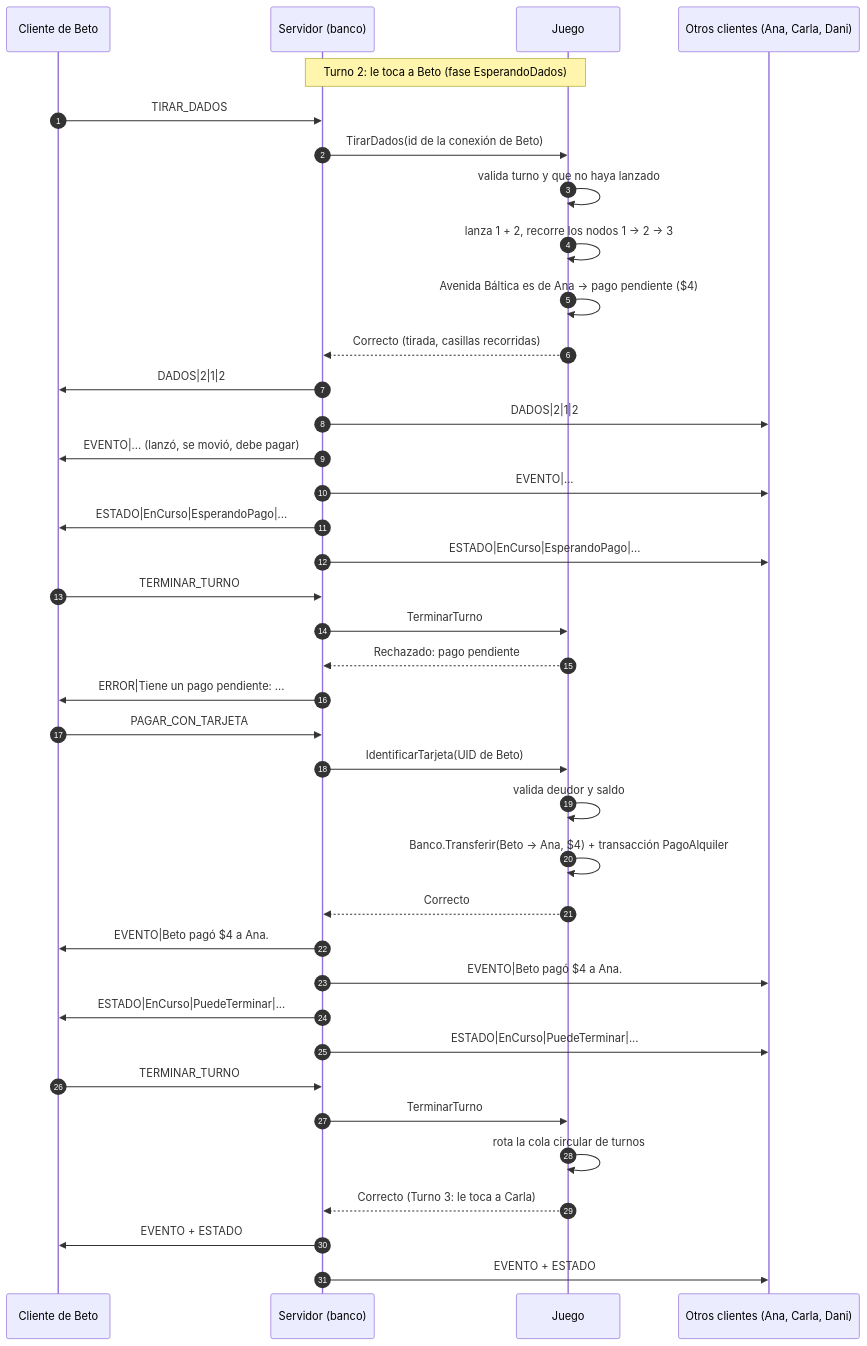
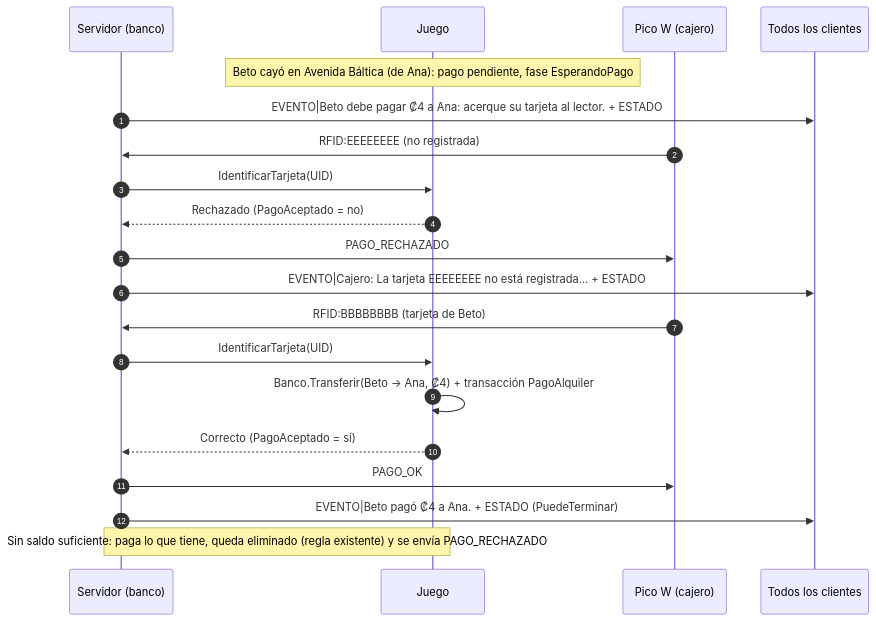
The third of 3 diagrams in docs/protocolo.md (Jason-Vargas/Monopoly), drawn with Mermaid before and after one commit. The commit also changed other lines of this file and 28 other files, not shown here.

Commit message:
Dados con botón físico, compras y cobros con tarjeta RFID y LED de pago

````diff
--- a/docs/protocolo.md
+++ b/docs/protocolo.md
@@ -142,44 +205,23 @@
 ```mermaid
 sequenceDiagram
     autonumber
-    participant B as Cliente de Beto
     participant S as Servidor (banco)
     participant J as Juego
-    participant O as Otros clientes (Ana, Carla, Dani)
+    participant P as Pico W (cajero)
+    participant C as Todos los clientes
 
-    Note over S,J: Turno 2: le toca a Beto (fase EsperandoDados)
-    B->>S: TIRAR_DADOS
-    S->>J: TirarDados(id de la conexión de Beto)
-    J->>J: valida turno y que no haya lanzado
-    J->>J: lanza 1 + 2, recorre los nodos 1 → 2 → 3
-    J->>J: Avenida Báltica es de Ana → pago pendiente ($4)
-    J-->>S: Correcto (tirada, casillas recorridas)
-    S->>B: DADOS|2|1|2
-    S->>O: DADOS|2|1|2
-    S->>B: EVENTO|... (lanzó, se movió, debe pagar)
-    S->>O: EVENTO|...
-    S->>B: ESTADO|EnCurso|EsperandoPago|...
-    S->>O: ESTADO|EnCurso|EsperandoPago|...
-
-    B->>S: TERMINAR_TURNO
-    S->>J: TerminarTurno
-    J-->>S: Rechazado: pago pendiente
-    S->>B: ERROR|Tiene un pago pendiente: ...
-
-    B->>S: PAGAR_CON_TARJETA
-    S->>J: IdentificarTarjeta(UID de Beto)
-    J->>J: valida deudor y saldo
-    J->>J: Banco.Transferir(Beto → Ana, $4) + transacción PagoAlquiler
-    J-->>S: Correcto
-    S->>B: EVENTO|Beto pagó $4 a Ana.
-    S->>O: EVENTO|Beto pagó $4 a Ana.
-    S->>B: ESTADO|EnCurso|PuedeTerminar|...
-    S->>O: ESTADO|EnCurso|PuedeTerminar|...
-
-    B->>S: TERMINAR_TURNO
-    S->>J: TerminarTurno
-    J->>J: rota la cola circular de turnos
-    J-->>S: Correcto (Turno 3: le toca a Carla)
-    S->>B: EVENTO + ESTADO
-    S->>O: EVENTO + ESTADO
+    Note over J: Beto cayó en Avenida Báltica (de Ana): pago pendiente, fase EsperandoPago
+    S->>C: EVENTO|Beto debe pagar ₡4 a Ana: acerque su tarjeta al lector. + ESTADO
+    P->>S: RFID:EEEEEEEE (no registrada)
+    S->>J: IdentificarTarjeta(UID)
+    J-->>S: Rechazado (PagoAceptado = no)
+    S->>P: PAGO_RECHAZADO
+    S->>C: EVENTO|Cajero: La tarjeta EEEEEEEE no está registrada... + ESTADO
+    P->>S: RFID:BBBBBBBB (tarjeta de Beto)
+    S->>J: IdentificarTarjeta(UID)
+    J->>J: Banco.Transferir(Beto → Ana, ₡4) + transacción PagoAlquiler
+    J-->>S: Correcto (PagoAceptado = sí)
+    S->>P: PAGO_OK
+    S->>C: EVENTO|Beto pagó ₡4 a Ana. + ESTADO (PuedeTerminar)
+    Note over S,J: Sin saldo suficiente: paga lo que tiene, queda eliminado (regla existente) y se envía PAGO_RECHAZADO
 ```
````
